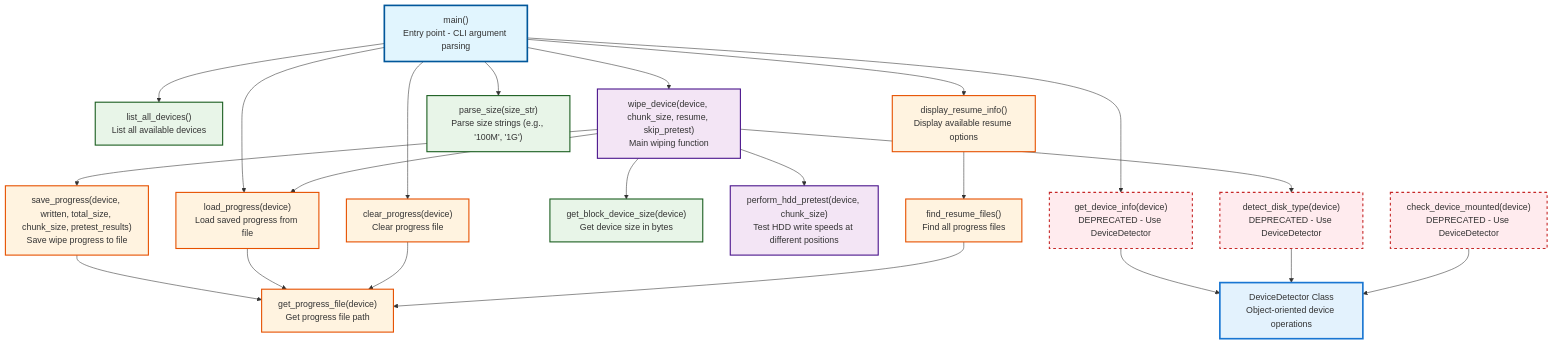
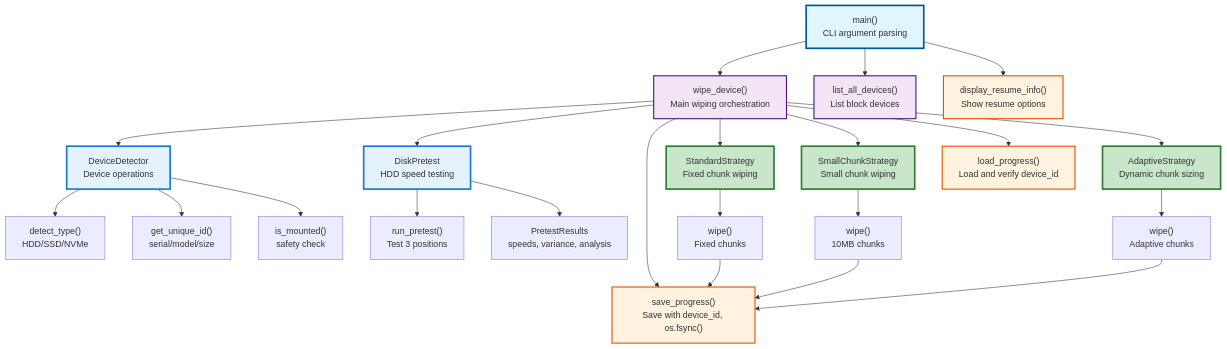
Before and after one commit to cscortes/wipeit: the second of 2 diagrams in DOCS/ARCH.md, drawn with Mermaid. The commit also changed other lines of this file, not shown here.

First line of the commit message:
Update ARCH.md to reflect current architecture

````diff
--- a/DOCS/ARCH.md
+++ b/DOCS/ARCH.md
@@ -100,75 +167,63 @@
 ```mermaid
 graph TD
     %% Entry Point
-    main["main()<br/>Entry point - CLI argument parsing"]
+    main["main()<br/>CLI argument parsing"]
 
-    %% DeviceDetector Class (New)
-    DeviceDetector["DeviceDetector Class<br/>Object-oriented device operations"]
-
-    %% Legacy Functions (Backward Compatibility)
-    get_device_info["get_device_info(device)<br/>DEPRECATED - Use DeviceDetector"]
-    detect_disk_type["detect_disk_type(device)<br/>DEPRECATED - Use DeviceDetector"]
-    check_device_mounted["check_device_mounted(device)<br/>DEPRECATED - Use DeviceDetector"]
+    %% Classes
+    DeviceDetector["DeviceDetector<br/>Device operations"]
+    DiskPretest["DiskPretest<br/>HDD speed testing"]
+    StandardStrategy["StandardStrategy<br/>Fixed chunk wiping"]
+    SmallChunkStrategy["SmallChunkStrategy<br/>Small chunk wiping"]
+    AdaptiveStrategy["AdaptiveStrategy<br/>Dynamic chunk sizing"]
 
     %% Core Functions
-    list_all_devices["list_all_devices()<br/>List all available devices"]
-    get_block_device_size["get_block_device_size(device)<br/>Get device size in bytes"]
-    perform_hdd_pretest["perform_hdd_pretest(device, chunk_size)<br/>Test HDD write speeds at different positions"]
+    wipe_device["wipe_device()<br/>Main wiping orchestration"]
+    list_all_devices["list_all_devices()<br/>List block devices"]
 
-    %% Progress Management
-    get_progress_file["get_progress_file(device)<br/>Get progress file path"]
-    save_progress["save_progress(device, written, total_size, chunk_size, pretest_results)<br/>Save wipe progress to file"]
-    load_progress["load_progress(device)<br/>Load saved progress from file"]
-    clear_progress["clear_progress(device)<br/>Clear progress file"]
-    find_resume_files["find_resume_files()<br/>Find all progress files"]
-    display_resume_info["display_resume_info()<br/>Display available resume options"]
+    %% Progress Functions
+    save_progress["save_progress()<br/>Save with device_id, os.fsync()"]
+    load_progress["load_progress()<br/>Load and verify device_id"]
+    display_resume_info["display_resume_info()<br/>Show resume options"]
 
-    %% Core Wiping Function
-    wipe_device["wipe_device(device, chunk_size, resume, skip_pretest)<br/>Main wiping function"]
-
-    %% Utility Functions
-    parse_size["parse_size(size_str)<br/>Parse size strings (e.g., '100M', '1G')"]
-
-    %% Main function calls
+    %% Flow
     main --> display_resume_info
     main --> list_all_devices
-    main --> parse_size
-    main --> get_device_info
-    main --> load_progress
-    main --> clear_progress
     main --> wipe_device
 
-    %% Legacy wrapper calls (backward compatibility)
-    get_device_info --> DeviceDetector
-    detect_disk_type --> DeviceDetector
-    check_device_mounted --> DeviceDetector
-
-    %% wipe_device calls
-    wipe_device --> get_block_device_size
-    wipe_device --> detect_disk_type
+    wipe_device --> DeviceDetector
     wipe_device --> load_progress
-    wipe_device --> perform_hdd_pretest
+    wipe_device --> DiskPretest
+    wipe_device --> StandardStrategy
+    wipe_device --> SmallChunkStrategy
+    wipe_device --> AdaptiveStrategy
     wipe_device --> save_progress
 
-    %% Progress management calls
-    save_progress --> get_progress_file
-    load_progress --> get_progress_file
-    clear_progress --> get_progress_file
-    display_resume_info --> find_resume_files
-    find_resume_files --> get_progress_file
+    DeviceDetector --> detect_type["detect_type()<br/>HDD/SSD/NVMe"]
+    DeviceDetector --> get_unique_id["get_unique_id()<br/>serial/model/size"]
+    DeviceDetector --> is_mounted["is_mounted()<br/>safety check"]
+
+    DiskPretest --> run_pretest["run_pretest()<br/>Test 3 positions"]
+    DiskPretest --> PretestResults["PretestResults<br/>speeds, variance, analysis"]
+
+    StandardStrategy --> wipe_standard["wipe()<br/>Fixed chunks"]
+    SmallChunkStrategy --> wipe_small["wipe()<br/>10MB chunks"]
+    AdaptiveStrategy --> wipe_adaptive["wipe()<br/>Adaptive chunks"]
+
+    %% Progress callback
+    wipe_standard --> save_progress
+    wipe_small --> save_progress
+    wipe_adaptive --> save_progress
 
     %% Styling
     classDef entryPoint fill:#e1f5fe,stroke:#01579b,stroke-width:3px
     classDef classNode fill:#e3f2fd,stroke:#1976d2,stroke-width:3px
     classDef coreFunction fill:#f3e5f5,stroke:#4a148c,stroke-width:2px
-    classDef utilityFunction fill:#e8f5e8,stroke:#1b5e20,stroke-width:2px
     classDef progressFunction fill:#fff3e0,stroke:#e65100,stroke-width:2px
-    classDef deprecatedFunction fill:#ffebee,stroke:#c62828,stroke-width:2px,stroke-dasharray: 5 5
+    classDef strategyNode fill:#c8e6c9,stroke:#2e7d32,stroke-width:3px
 
     class main entryPoint
-    class DeviceDetector classNode
-    class wipe_device,perform_hdd_pretest coreFunction
-    class parse_size,get_block_device_size,list_all_devices utilityFunction
-    class save_progress,load_progress,clear_progress,get_progress_file,find_resume_files,display_resume_info progressFunction
-    class get_device_info,detect_disk_type,check_device_mounted deprecatedFunction
+    class DeviceDetector,DiskPretest classNode
+    class StandardStrategy,SmallChunkStrategy,AdaptiveStrategy strategyNode
+    class wipe_device,list_all_devices coreFunction
+    class save_progress,load_progress,display_resume_info progressFunction
 ```
````
